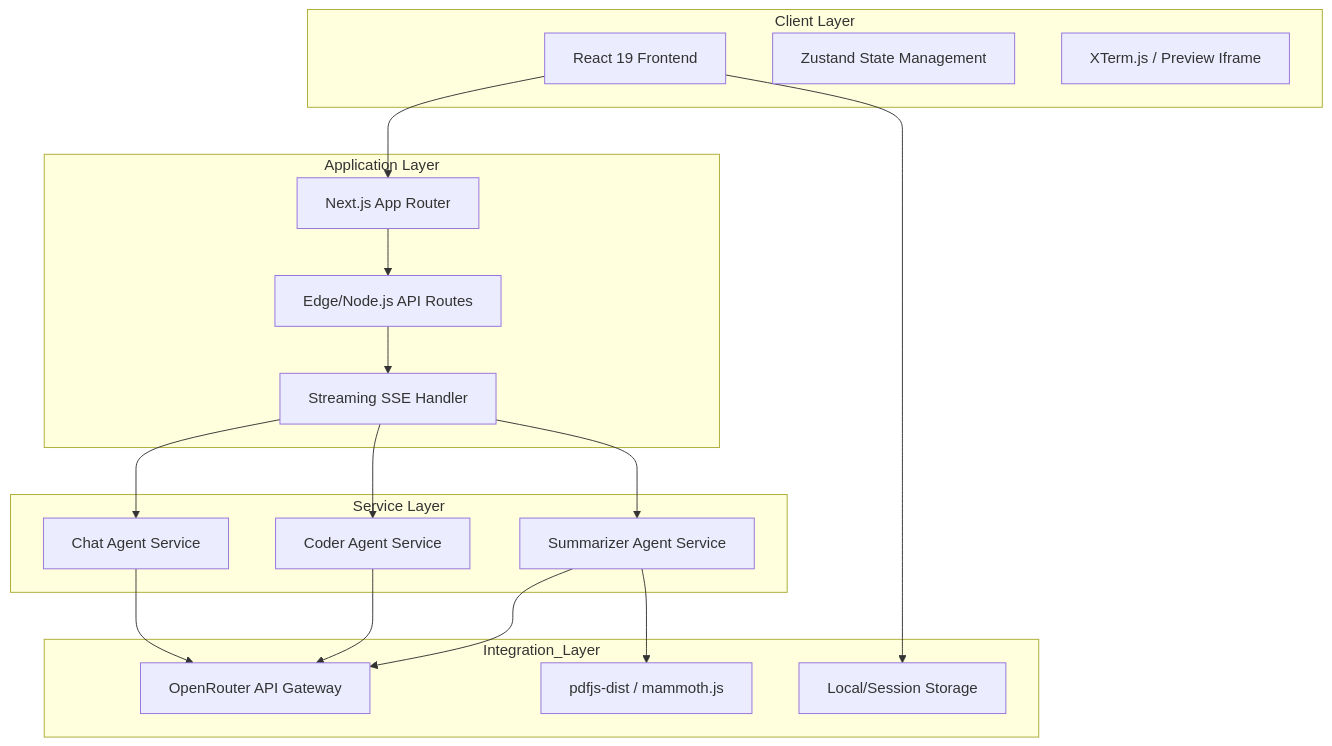
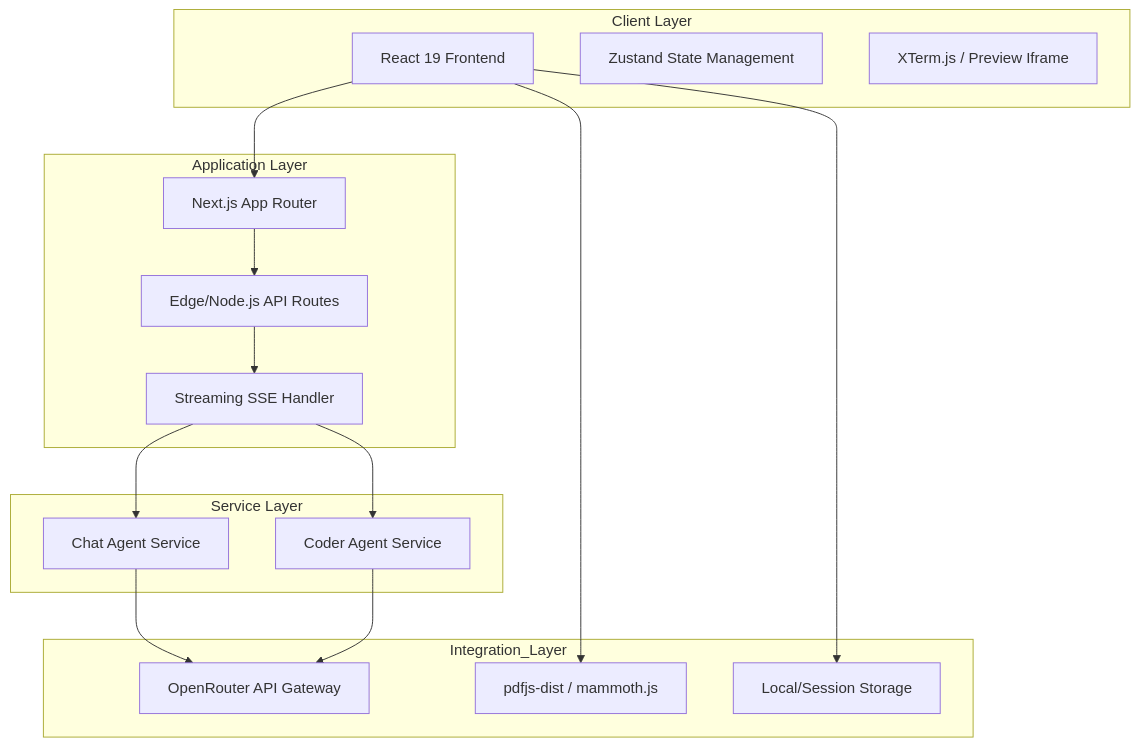
Before and after one commit to Suryanshu-Nabheet/AiBoT: the diagram in docs/architecture.md, drawn with Mermaid. The commit also changed other lines of this file and 21 other files, not shown here.

````diff
--- a/docs/architecture.md
+++ b/docs/architecture.md
@@ -9,38 +9,35 @@
 ```mermaid
 graph TB
     subgraph Client_Layer [Client Layer]
         A[React 19 Frontend]
         B[Zustand State Management]
         C[XTerm.js / Preview Iframe]
     end
 
     subgraph Application_Layer [Application Layer]
         D[Next.js App Router]
         E[Edge/Node.js API Routes]
         F[Streaming SSE Handler]
     end
 
     subgraph Service_Layer [Service Layer]
         G[Chat Agent Service]
         H[Coder Agent Service]
-        I[Summarizer Agent Service]
     end
 
     subgraph Integration_Layer [Integration_Layer]
         J[OpenRouter API Gateway]
         K[pdfjs-dist / mammoth.js]
         L[Local/Session Storage]
     end
 
     A --> D
+    A --> K
     D --> E
     E --> F
     F --> G
     F --> H
-    F --> I
     G --> J
     H --> J
-    I --> J
-    I --> K
     A --> L
 ```
````
